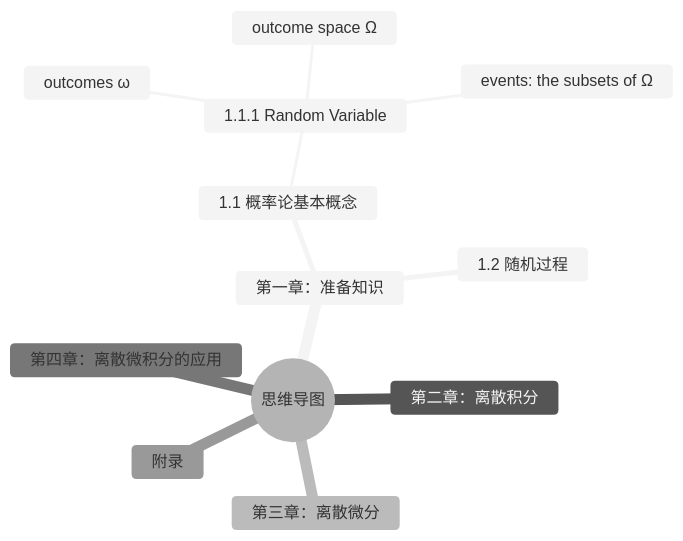
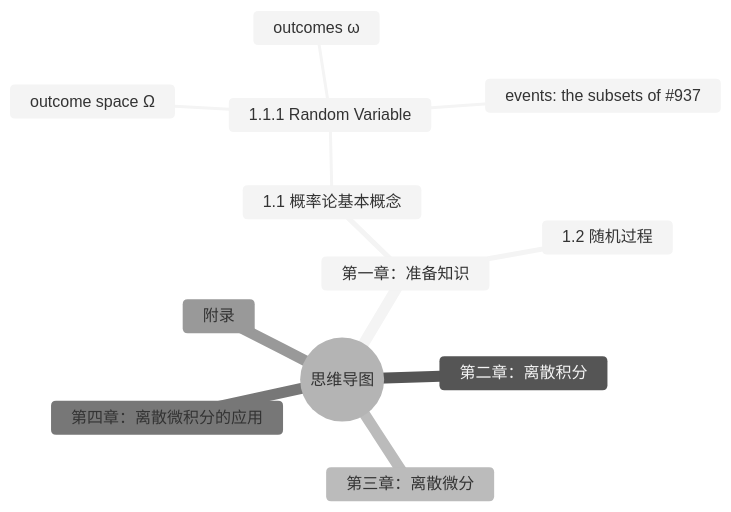
The diagram in math/230715-stochastic-calculus.md (damonYuan/gitbook), drawn with Mermaid (neutral theme) before and after one commit.

````diff
--- a/math/230715-stochastic-calculus.md
+++ b/math/230715-stochastic-calculus.md
@@ -11,16 +11,16 @@
 ```mermaid
 mindmap
   root((思维导图))
     第一章：准备知识 
       1.1 概率论基本概念
         1.1.1 Random Variable
             outcomes #969;
             outcome space #937;
-            events#58; the subsets of &#937
+            events#58; the subsets of #937
       1.2 随机过程
     第二章：离散积分
     第三章：离散微分
     第四章：离散微积分的应用
     附录
  
 ```
````
